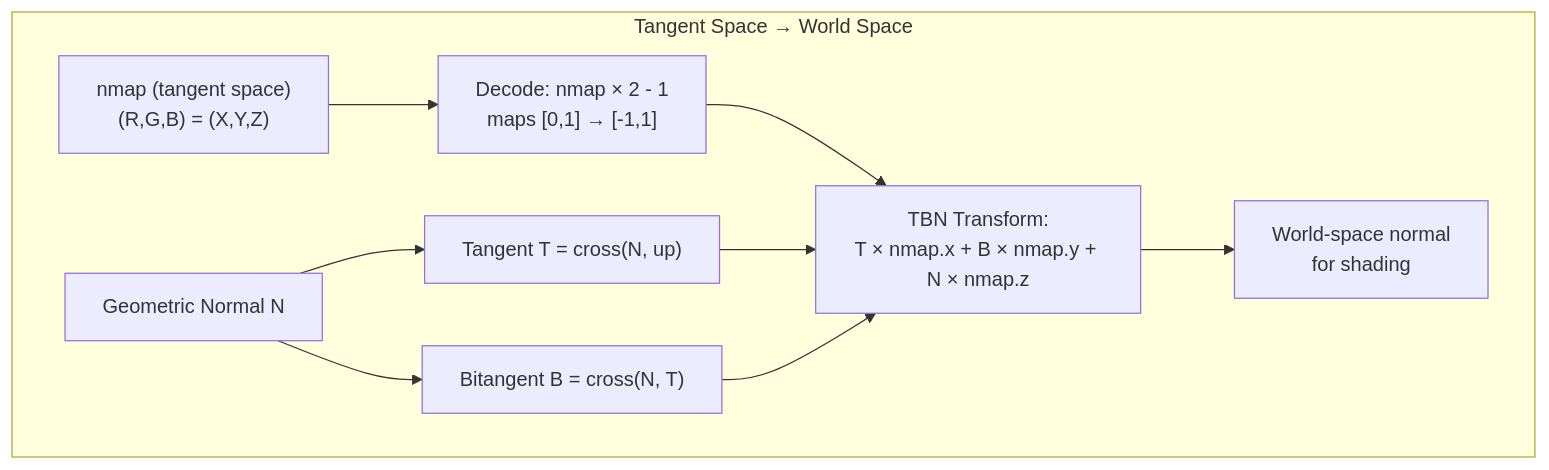
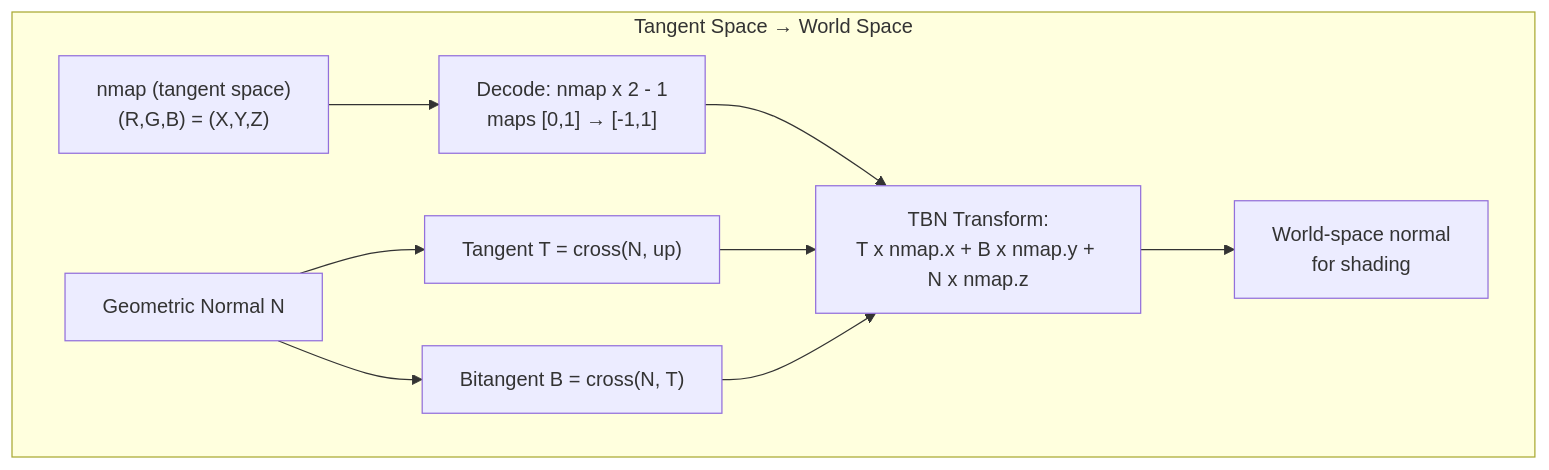
The first of 2 diagrams in documentation/08-materials-and-textures.md (PabloBellissant/Minirt), drawn with Mermaid before and after one commit. The commit also changed other lines of this file and 4 other files, not shown here.

Commit message:
docs: fix latex/mermaid github rendering

````diff
--- a/documentation/08-materials-and-textures.md
+++ b/documentation/08-materials-and-textures.md
@@ -199,13 +199,13 @@
 ```mermaid
 graph LR
     subgraph Tangent_World["Tangent Space → World Space"]
         direction LR
-        NMAP["nmap (tangent space)<br/>(R,G,B) = (X,Y,Z)"] --> DECODE["Decode: nmap × 2 - 1<br/>maps [0,1] → [-1,1]"]
-        DECODE --> TBN["TBN Transform:<br/>T × nmap.x + B × nmap.y + N × nmap.z"]
+        NMAP["nmap (tangent space)<br/>(R,G,B) = (X,Y,Z)"] --> DECODE["Decode: nmap x 2 - 1<br/>maps [0,1] → [-1,1]"]
+        DECODE --> TBN["TBN Transform:<br/>T x nmap.x + B x nmap.y + N x nmap.z"]
         GN["Geometric Normal N"] --> TBN_T["Tangent T = cross(N, up)"]
         GN --> TBN_B["Bitangent B = cross(N, T)"]
         TBN_T --> TBN
         TBN_B --> TBN
         TBN --> WORLD["World-space normal<br/>for shading"]
     end
 ```
````
